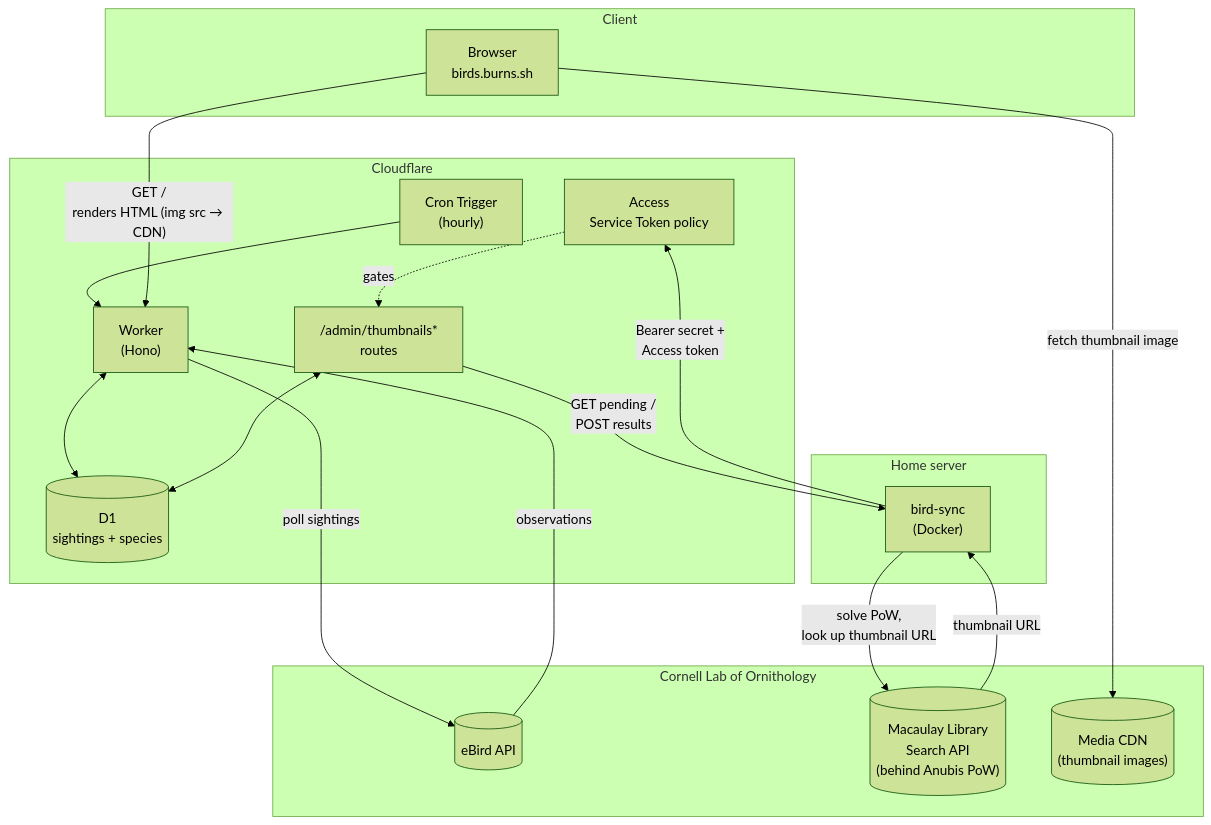
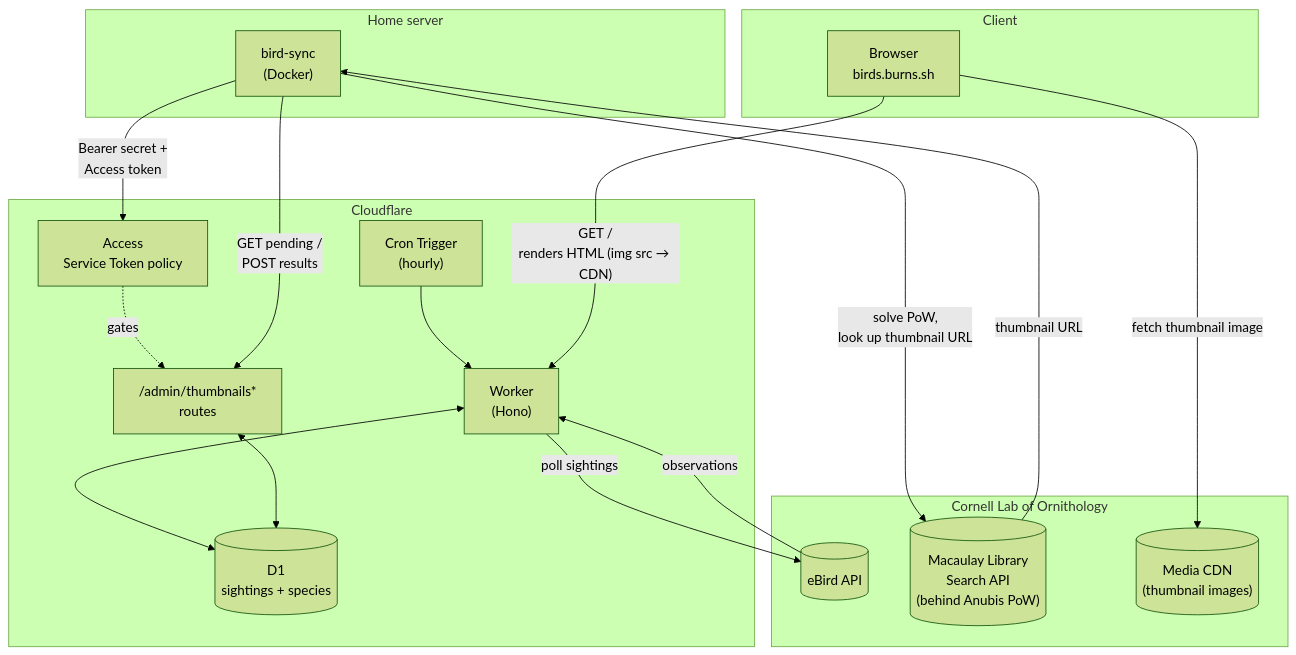
One commit to bbbburns/local-birds changed the diagram in README.md. Above: the diagram before and after it, drawn with Mermaid (forest theme).

Commit message:
docs: fix reversed bird-sync -> admin routes arrow in architecture diagram
bird-sync is the caller of /admin/thumbnails* (GET pending, POST results),
not the other way around.

Claude-Session: https://claude.ai/code/session_01RvqnoPdUWS19vSit48EekR

````diff
--- a/README.md
+++ b/README.md
@@ -27,42 +27,42 @@
 ```mermaid
 flowchart TB
     subgraph client["Client"]
         browser["Browser<br/>birds.burns.sh"]
     end
 
     subgraph cf["Cloudflare"]
         cron["Cron Trigger<br/>(hourly)"]
         worker["Worker<br/>(Hono)"]
         d1[("D1<br/>sightings + species")]
         access["Access<br/>Service Token policy"]
         admin["/admin/thumbnails*<br/>routes"]
         cron --> worker
         worker <--> d1
         access -.gates.-> admin
         admin <--> d1
     end
 
     subgraph home["Home server"]
         birdsync["bird-sync<br/>(Docker)"]
     end
 
     subgraph cornell["Cornell Lab of Ornithology"]
         ebird[("eBird API")]
         search[("Macaulay Library<br/>Search API<br/>(behind Anubis PoW)")]
         cdn[("Media CDN<br/>(thumbnail images)")]
     end
 
     client ~~~ cf
     cf ~~~ cornell
 
     browser -- "GET /<br/>renders HTML (img src → CDN)" --> worker
     browser -- "fetch thumbnail image" --> cdn
 
     worker -- poll sightings --> ebird
     ebird -- observations --> worker
 
     birdsync -- "solve PoW,<br/>look up thumbnail URL" --> search
     search -- thumbnail URL --> birdsync
     birdsync -- "Bearer secret +<br/>Access token" --> access
-    admin -- "GET pending /<br/>POST results" --> birdsync
+    birdsync -- "GET pending /<br/>POST results" --> admin
 ```
````
